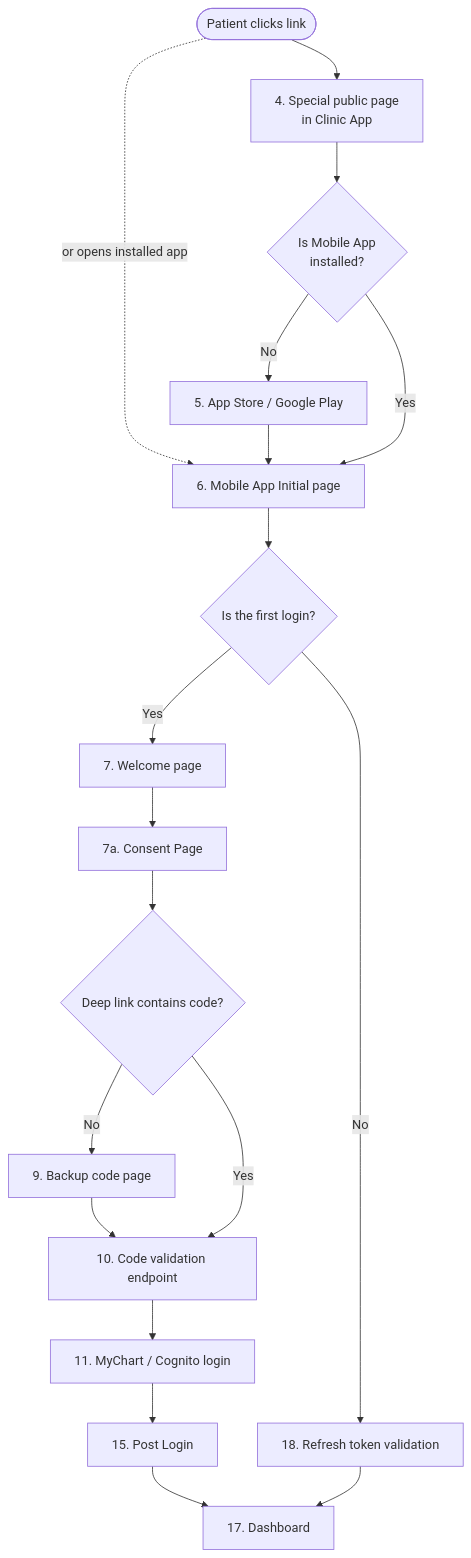
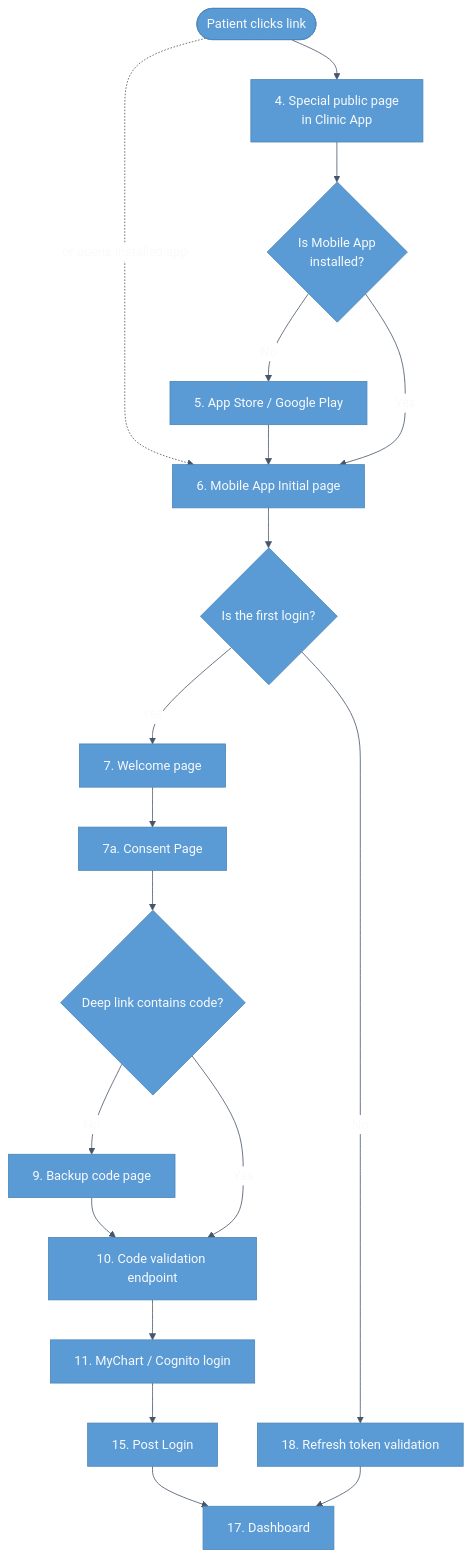
Before and after one commit to andreidzemianchyk/ai-doc-sample: the first of 2 diagrams in docs/modules/auth-authorization/overview.md, drawn with Mermaid. The commit also changed other lines of this file and 9 other files, not shown here.

Commit message:
Align Mermaid fullscreen and inline rendering

````diff
--- a/docs/modules/auth-authorization/overview.md
+++ b/docs/modules/auth-authorization/overview.md
@@ -38,24 +38,24 @@
 ```mermaid
-%%{init: {'themeCSS': '.nodeLabel p,.nodeLabel span,.nodeLabel b,.nodeLabel i{color:#f8fafc !important;} .edgeLabel,.edgeLabel p,.edgeLabel span,.edgeLabel foreignObject div{color:#0f172a !important;} .edgeLabel foreignObject div{background:#ffffff !important;border-radius:2px;padding:1px 3px;} .labelBkg{fill:#ffffff !important;}'}}%%
+%%{init: {"theme":"base","themeVariables":{"primaryColor":"#5b9bd5","primaryBorderColor":"#4a86b8","primaryTextColor":"#f8fafc","secondaryColor":"#d6e2f0","secondaryBorderColor":"#9fb3c8","secondaryTextColor":"#0f172a","tertiaryColor":"#d6e2f0","tertiaryBorderColor":"#9fb3c8","tertiaryTextColor":"#0f172a","clusterBkg":"#d6e2f0","clusterBorder":"#9fb3c8","lineColor":"#475569","textColor":"#0f172a","background":"#ffffff","mainBkg":"#5b9bd5","secondBkg":"#d6e2f0","tertiaryBkg":"#d6e2f0","edgeLabelBackground":"#ffffff"},"themeCSS":".nodeLabel p,.nodeLabel span,.nodeLabel b,.nodeLabel i{color:#f8fafc !important;} .edgeLabel,.edgeLabel p,.edgeLabel span,.edgeLabel foreignObject div{color:#0f172a !important;} .edgeLabel foreignObject div{background:#ffffff !important;border-radius:2px;padding:1px 3px;} .labelBkg{fill:#ffffff !important;}"}}%%
 flowchart TD
     Start([Patient clicks link]) --> P4["4. Special public page<br/>in Clinic App"]
     Start -. "or opens installed app" .-> P6
     P4 --> D1{Is Mobile App<br/>installed?}
     D1 -- No --> P5["5. App Store / Google Play"]
     P5 --> P6["6. Mobile App Initial page"]
     D1 -- Yes --> P6
 
     P6 --> D2{Is the first login?}
     D2 -- No --> P18["18. Refresh token validation"]
     D2 -- Yes --> P7["7. Welcome page"]
     P7 --> P7a["7a. Consent Page"]
     P7a --> D3{Deep link contains code?}
     D3 -- No --> P9["9. Backup code page"]
     P9 --> P10
     D3 -- Yes --> P10["10. Code validation endpoint"]
     P10 --> P11["11. MyChart / Cognito login"]
     P11 --> P15["15. Post Login"]
     P15 --> P17["17. Dashboard"]
 
     P18 --> P17
 ```
````
